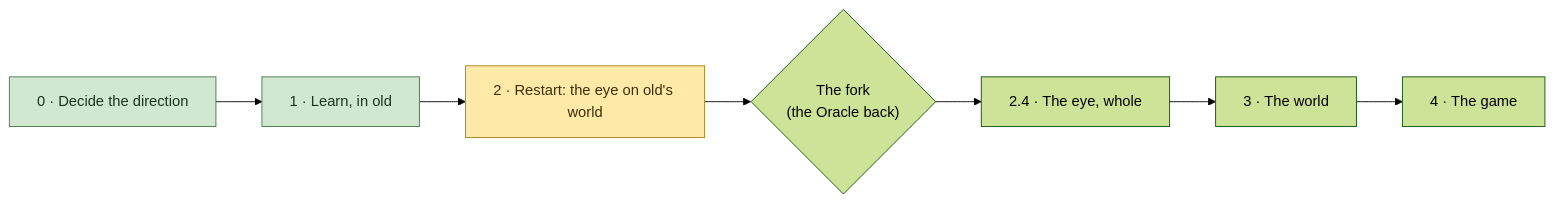
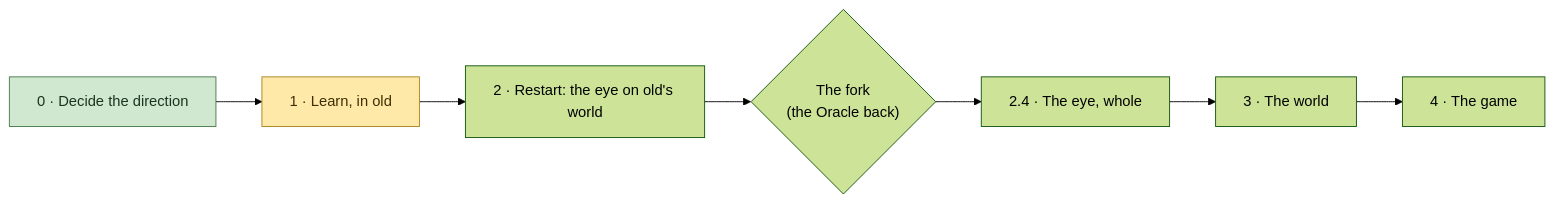
One commit to david138collins/incus-artus changed the diagram in master/plan.md. Above: the diagram before and after it, drawn with Mermaid (forest theme). The commit also changed other lines of this file and 2 other files, not shown here.

````diff
--- a/master/plan.md
+++ b/master/plan.md
@@ -31,11 +32,11 @@
 ```mermaid
 flowchart LR
-  P0["0 · Decide the direction"]:::ticked --> P1["1 · Learn, in old"]:::ticked
-  P1 --> P2["2 · Restart: the eye on old's world"]:::now
+  P0["0 · Decide the direction"]:::ticked --> P1["1 · Learn, in old"]:::now
+  P1 --> P2["2 · Restart: the eye on old's world"]
   P2 --> F{"The fork<br/>(the Oracle back)"}
   F --> P2b["2.4 · The eye, whole"]
   P2b --> P3["3 · The world"]
   P3 --> P4["4 · The game"]
   classDef ticked fill:#cfe8cf,stroke:#4a7a4a,color:#1d331d
   classDef now fill:#ffe9a8,stroke:#a8841c,color:#3d2f05
 ```
````
